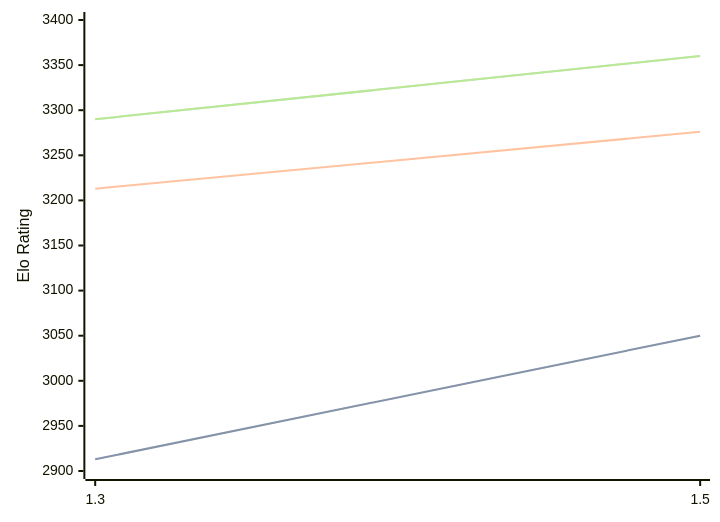
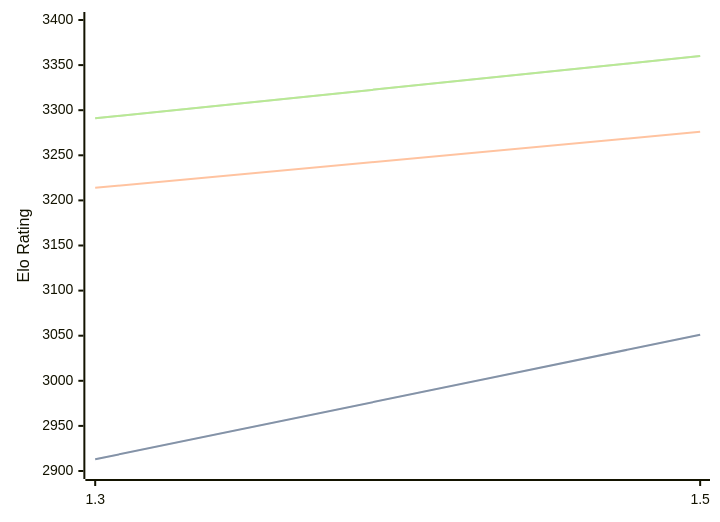
One commit to computer-chess-index/cci changed the diagram in engines/Lambergar.md. Above: the diagram before and after it, drawn with Mermaid. The commit also changed other lines of this file, not shown here.

Commit message:
Update CCI Ratings (ELO VLTC) - 2026-09-14

````diff
--- a/engines/Lambergar.md
+++ b/engines/Lambergar.md
@@ -32,11 +32,11 @@
 ```mermaid
 %%{init: {"theme":"base","themeVariables":{"seriesColors:['#a3a3a3','#222221','#faa371']}}}%%
 xychart-beta
   x-axis ["1.3", "1.5"]
   y-axis "Elo Rating" 2900 --> 3400
-  line "" [2913, 3050]
-  line "STC (8.0+0.08s)" [2913, 3050]
-  line "LTC (60.0+0.60s)" [3213, 3276]
-  line "" [3290, 3360]
-  line "VLTC (2m24s+1.12s)" [3290, 3360]
+  line "" [2913, 3051]
+  line "STC (8.0+0.08s)" [2913, 3051]
+  line "LTC (60.0+0.60s)" [3214, 3276]
+  line "" [3291, 3360]
+  line "VLTC (2m24s+1.12s)" [3291, 3360]
 ```
````
